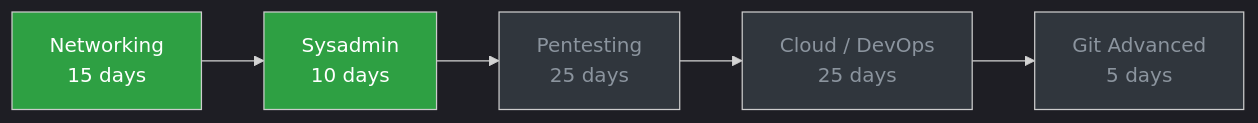
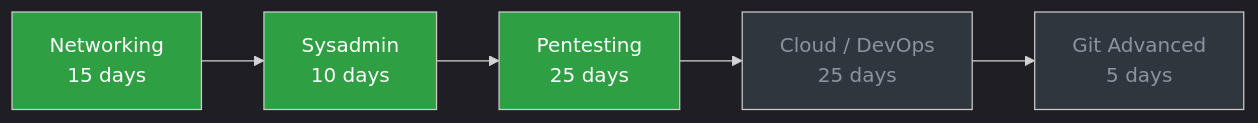
One commit to Jeetendra-sanatani/tools-journal changed the second of 2 diagrams in README.md. Above: the diagram before and after it, drawn with Mermaid. The commit also changed other lines of this file, not shown here.

````diff
--- a/README.md
+++ b/README.md
@@ -63,14 +63,14 @@
 ```mermaid
 %%{init: {'theme':'dark'}}%%
 flowchart LR
     A[Networking<br/>15 days] --> B[Sysadmin<br/>10 days]
     B --> C[Pentesting<br/>25 days]
     C --> D[Cloud / DevOps<br/>25 days]
     D --> E[Git Advanced<br/>5 days]
 
     style A fill:#2ea043,color:#fff
     style B fill:#2ea043,color:#fff
-    style C fill:#30363d,color:#8b949e
+    style C fill:#2ea043,color:#fff
     style D fill:#30363d,color:#8b949e
     style E fill:#30363d,color:#8b949e
 ```
````
